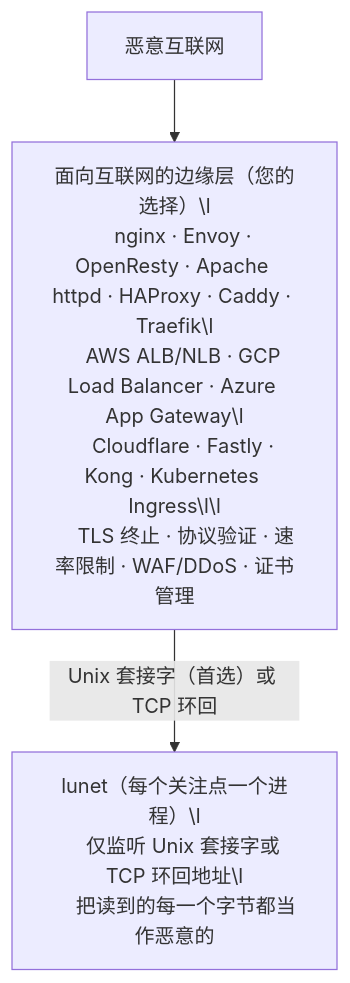
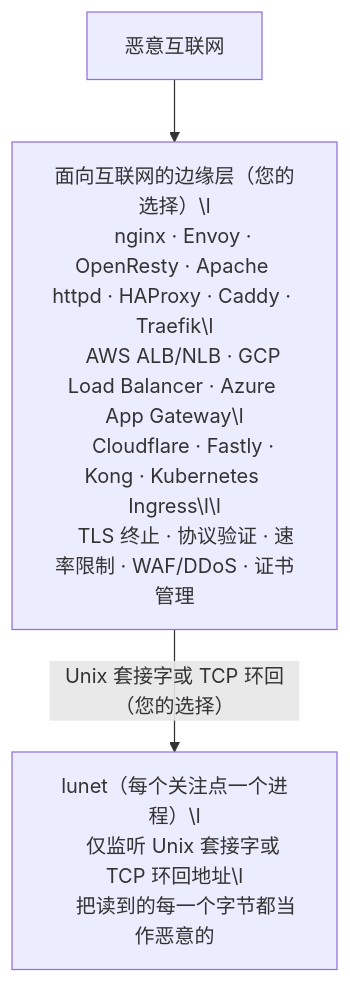
Before and after one commit to lua-lunet/lunet: the diagram in docs/SECURITY_ARCHITECTURE-CN.md, drawn with Mermaid. The commit also changed other lines of this file and 1 other file, not shown here.

Commit message:
docs: transport options — Unix socket or loopback, your choice, not a preference

````diff
--- a/docs/SECURITY_ARCHITECTURE-CN.md
+++ b/docs/SECURITY_ARCHITECTURE-CN.md
@@ -7,17 +7,17 @@
 ```mermaid
 flowchart TB
     hostile["恶意互联网"]
 
     edge["面向互联网的边缘层（您的选择）\l
     nginx · Envoy · OpenResty · Apache httpd · HAProxy · Caddy · Traefik\l
     AWS ALB/NLB · GCP Load Balancer · Azure App Gateway\l
     Cloudflare · Fastly · Kong · Kubernetes Ingress\l\l
     TLS 终止 · 协议验证 · 速率限制 · WAF/DDoS · 证书管理"]
 
     lunet["lunet（每个关注点一个进程）\l
     仅监听 Unix 套接字或 TCP 环回地址\l
     把读到的每一个字节都当作恶意的"]
 
     hostile --> edge
-    edge -->|"Unix 套接字（首选）或 TCP 环回"| lunet
+    edge -->|"Unix 套接字或 TCP 环回（您的选择）"| lunet
 ```
````
